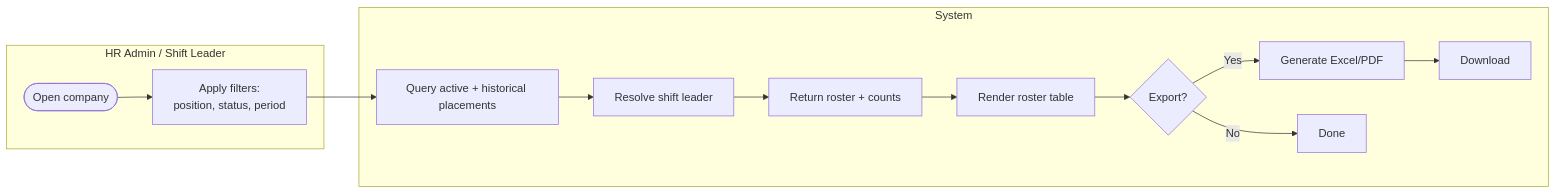
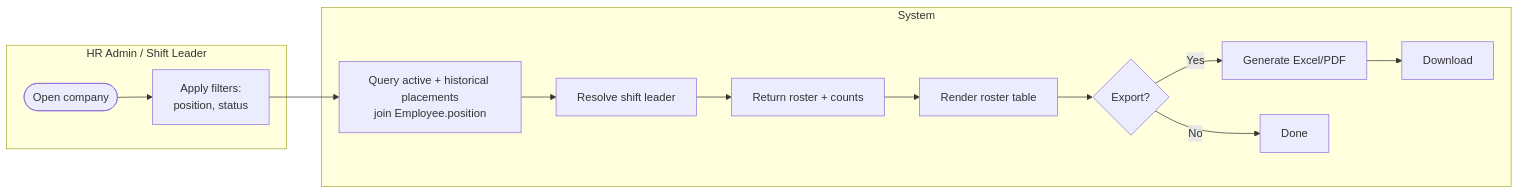
One commit to hariszaki17/hris-outsource changed the sixth of 6 diagrams in docs/epics/E3-placement/FEATURE.md. Above: the diagram before and after it, drawn with Mermaid. The commit also changed other lines of this file and 106 other files, not shown here.

````diff
--- a/docs/epics/E3-placement/FEATURE.md
+++ b/docs/epics/E3-placement/FEATURE.md
@@ -236,15 +220,15 @@
 ```mermaid
 flowchart LR
     subgraph User[HR Admin / Shift Leader]
-        R1([Open company]) --> R2[Apply filters:<br/>position, status, period]
+        R1([Open company]) --> R2[Apply filters:<br/>position, status]
     end
     subgraph SYS[System]
-        R2 --> Q1[Query active + historical placements]
+        R2 --> Q1[Query active + historical placements<br/>join Employee.position]
         Q1 --> Q2[Resolve shift leader]
         Q2 --> Q3[Return roster + counts]
         Q3 --> R3[Render roster table]
         R3 --> R4{Export?}
         R4 -- Yes --> Q4[Generate Excel/PDF] --> R5[Download]
         R4 -- No --> R6[Done]
     end
 ```
````
